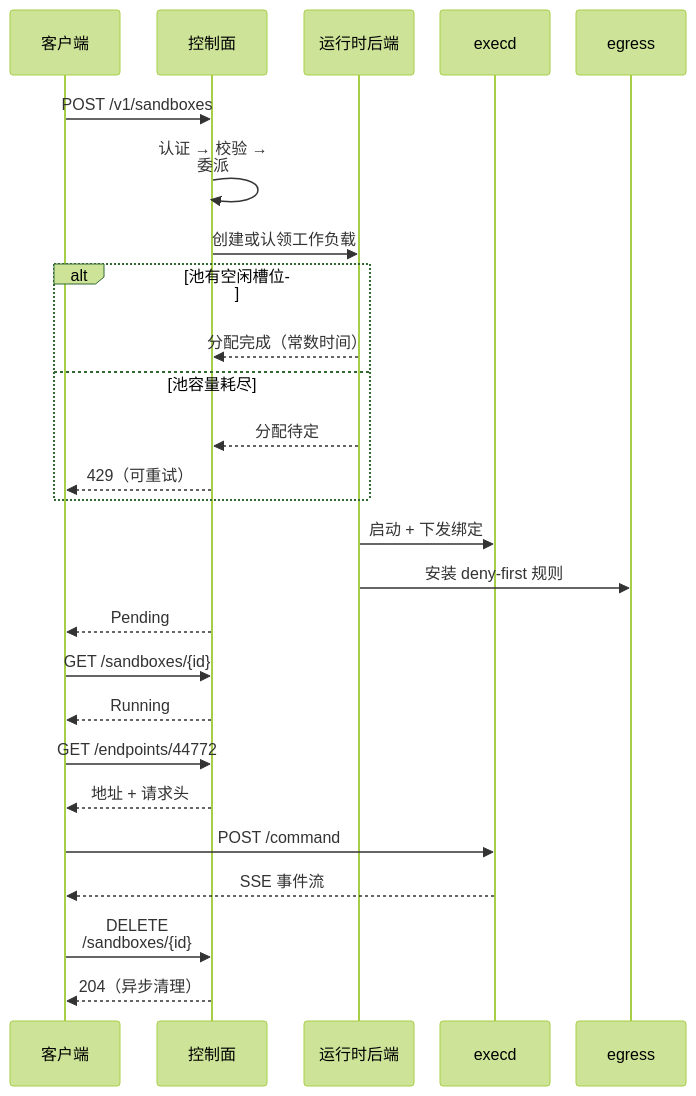
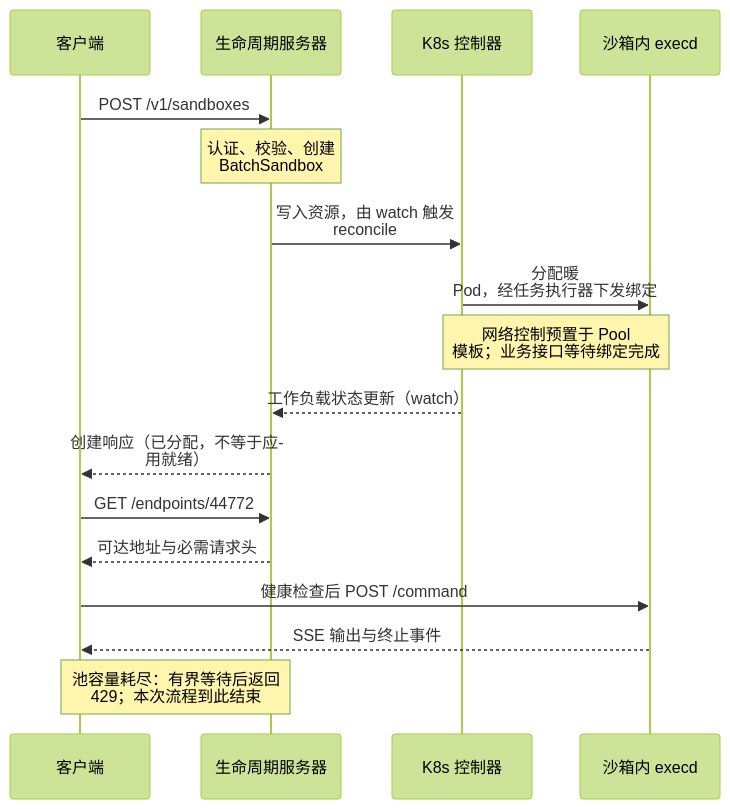
Before and after one commit to StarDust0083-GP03/opensandbox-architecture-ebook: the diagram in book/diagrams/request-flow.mmd, drawn with Mermaid (forest theme). The commit also changed 27 other files, not shown here.

First line of the commit message:
fix(diagrams): correct control flow and lifecycle semantics

```diff
--- a/book/diagrams/request-flow.mmd
+++ b/book/diagrams/request-flow.mmd
@@ -1,30 +1,19 @@
-%% 一次创建请求的时序（第 02 篇）
-%%{init: {"sequence": {"width": 110, "actorMargin": 26, "messageMargin": 20, "wrap": true}}}%%
-%% 渲染：mmdc -i request-flow.mmd -o request-flow.svg -c mermaid.json -p puppeteer.json
+%% Kubernetes BatchSandbox 池化成功路径；失败分支不与本图混画。
+%%{init: {"sequence": {"width": 140, "actorMargin": 38, "wrap": true}}}%%
 sequenceDiagram
   participant C as 客户端
-  participant S as 控制面
-  participant R as 运行时后端
-  participant E as execd
-  participant G as egress
-
+  participant S as 生命周期服务器
+  participant K as K8s 控制器
+  participant E as 沙箱内 execd
   C->>S: POST /v1/sandboxes
-  S->>S: 认证 → 校验 → 委派
-  S->>R: 创建或认领工作负载
-  alt 池有空闲槽位
-    R-->>S: 分配完成（常数时间）
-  else 池容量耗尽
-    R-->>S: 分配待定
-    S-->>C: 429（可重试）
-  end
-  R->>E: 启动 + 下发绑定
-  R->>G: 安装 deny-first 规则
-  S-->>C: Pending
-  C->>S: GET /sandboxes/{id}
-  S-->>C: Running
+  Note over S: 认证、校验、创建 BatchSandbox
+  S->>K: 写入资源，由 watch 触发 reconcile
+  K->>E: 分配暖 Pod，经任务执行器下发绑定
+  Note over K,E: 网络控制预置于 Pool 模板；业务接口等待绑定完成
+  K-->>S: 工作负载状态更新（watch）
+  S-->>C: 创建响应（已分配，不等于应用就绪）
   C->>S: GET /endpoints/44772
-  S-->>C: 地址 + 请求头
-  C->>E: POST /command
-  E-->>C: SSE 事件流
-  C->>S: DELETE /sandboxes/{id}
-  S-->>C: 204（异步清理）
+  S-->>C: 可达地址与必需请求头
+  C->>E: 健康检查后 POST /command
+  E-->>C: SSE 输出与终止事件
+  Note over C,S: 池容量耗尽：有界等待后返回 429；本次流程到此结束
```
